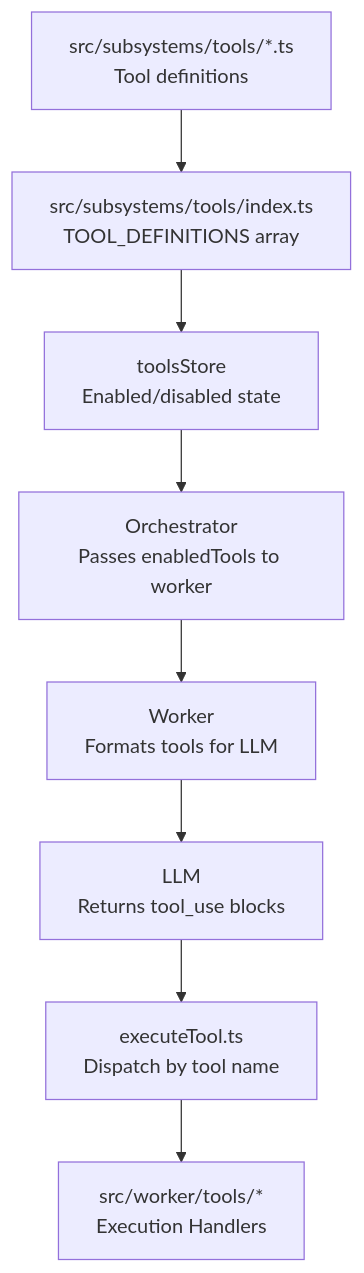
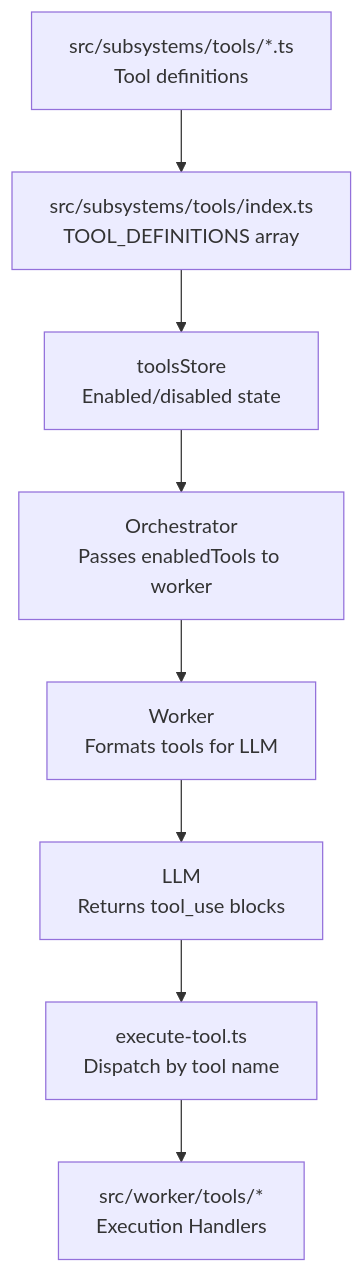
The diagram in docs/subsystems/tools.md (xt-ml/shadow-claw), drawn with Mermaid before and after one commit. The commit also changed other lines of this file and 1394 other files, not shown here.

````diff
--- a/docs/subsystems/tools.md
+++ b/docs/subsystems/tools.md
@@ -9,10 +9,10 @@
 ```mermaid
 graph TD
   Defs["src/subsystems/tools/*.ts<br>Tool definitions"] --> Index["src/subsystems/tools/index.ts<br>TOOL_DEFINITIONS array"]
   Index --> Store["toolsStore<br>Enabled/disabled state"]
   Store --> Orchestrator["Orchestrator<br>Passes enabledTools to worker"]
   Orchestrator --> Worker["Worker<br>Formats tools for LLM"]
   Worker --> LLM["LLM<br>Returns tool_use blocks"]
-  LLM --> Exec["executeTool.ts<br>Dispatch by tool name"]
+  LLM --> Exec["execute-tool.ts<br>Dispatch by tool name"]
   Exec --> Handlers["src/worker/tools/*<br>Execution Handlers"]
 ```
````
